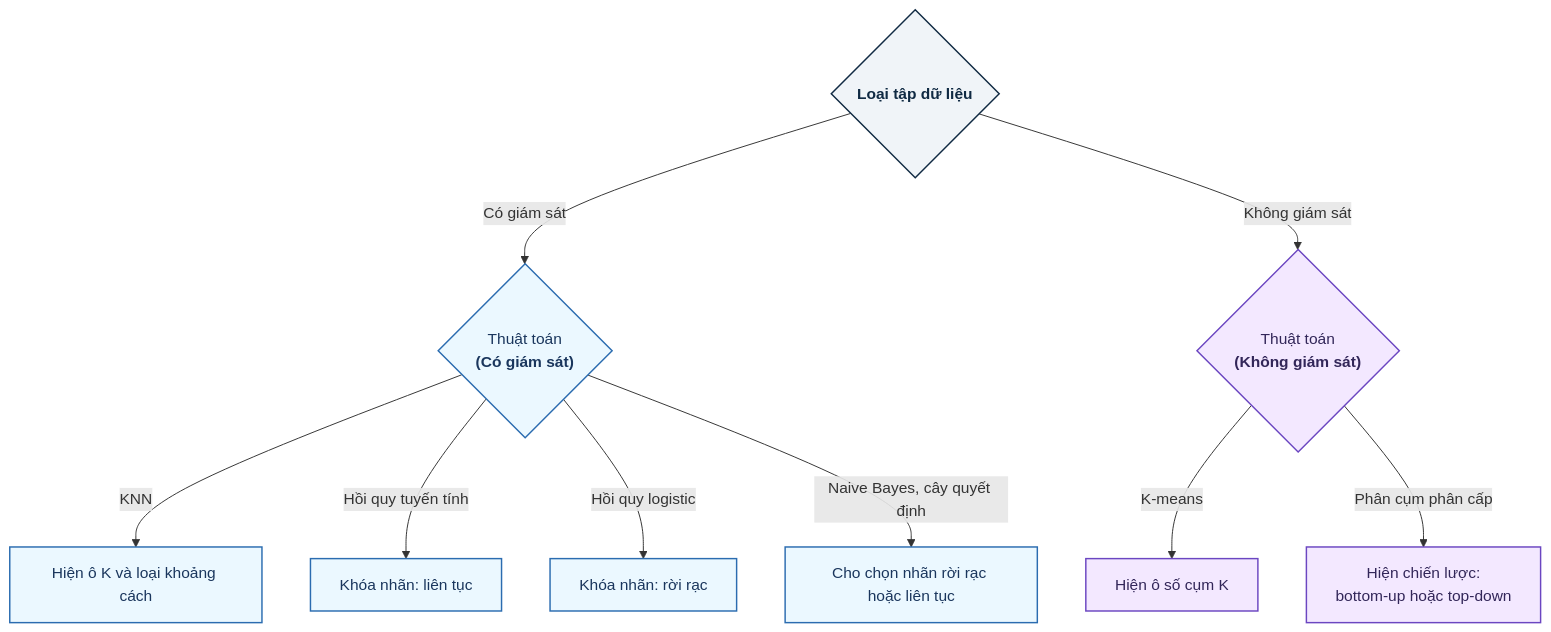
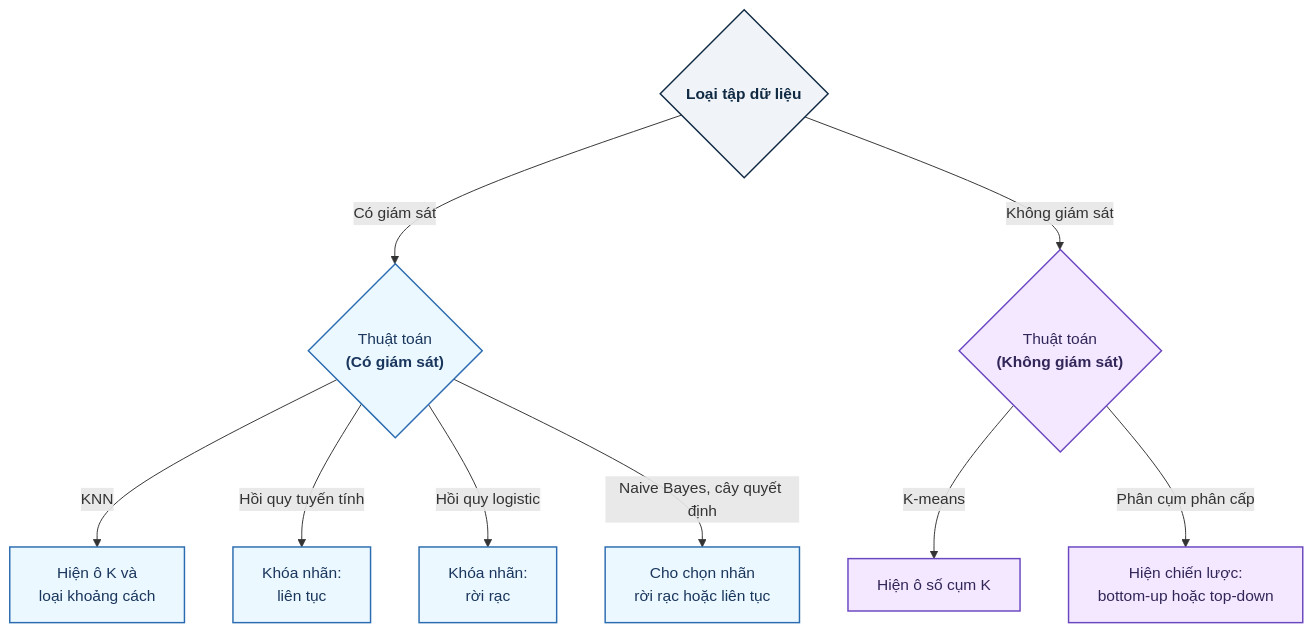
One commit to huynhthanhphong231004IT/Website_MayHocCoBan changed the fourth of 5 diagrams in README.md. Above: the diagram before and after it, drawn with Mermaid.

````diff
--- a/README.md
+++ b/README.md
@@ -181,31 +181,31 @@
 ```mermaid
 flowchart TD
     %% Định nghĩa phong cách chuẩn Paper (Academic style)
     classDef decision fill:#F0F4F8,stroke:#102A43,stroke-width:1.5px,color:#102A43,font-weight:bold;
     classDef supervised fill:#EBF8FF,stroke:#2B6CB0,stroke-width:1.5px,color:#1A365D;
     classDef unsupervised fill:#F3E8FF,stroke:#6B46C1,stroke-width:1.5px,color:#322659;
 
     %% Các nút phân nhánh chính
     S{"Loại tập dữ liệu"}:::decision
     
     A{"Thuật toán<br/><b>(Có giám sát)</b>"}:::supervised
     U{"Thuật toán<br/><b>(Không giám sát)</b>"}:::unsupervised
 
-    %% Các nhánh có giám sát
-    A -->|KNN| A1["Hiện ô K và loại khoảng cách"]
-    A -->|Hồi quy tuyến tính| A2["Khóa nhãn: liên tục"]
-    A -->|Hồi quy logistic| A3["Khóa nhãn: rời rạc"]
-    A -->|Naive Bayes, cây quyết định| A4["Cho chọn nhãn rời rạc hoặc liên tục"]
+    %% Các nhánh có giám sát (Chủ động ngắt dòng để không bị xén chữ)
+    A -->|KNN| A1["Hiện ô K và<br/>loại khoảng cách"]
+    A -->|Hồi quy tuyến tính| A2["Khóa nhãn:<br/>liên tục"]
+    A -->|Hồi quy logistic| A3["Khóa nhãn:<br/>rời rạc"]
+    A -->|Naive Bayes, cây quyết định| A4["Cho chọn nhãn<br/>rời rạc hoặc liên tục"]
 
     %% Các nhánh không giám sát
     U -->|K-means| U1["Hiện ô số cụm K"]
     U -->|Phân cụm phân cấp| U2["Hiện chiến lược:<br/>bottom-up hoặc top-down"]
 
     %% Kết nối từ gốc
     S -->|Có giám sát| A
     S -->|Không giám sát| U
 
-    %% Gán class màu sắc chi tiết cho các nút kết quả
+    %% Gán class màu sắc chi tiết
     class A1,A2,A3,A4 supervised;
     class U1,U2 unsupervised;
 ```
````
